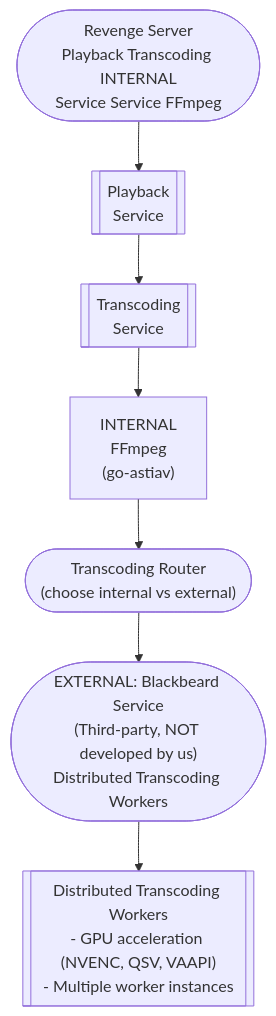
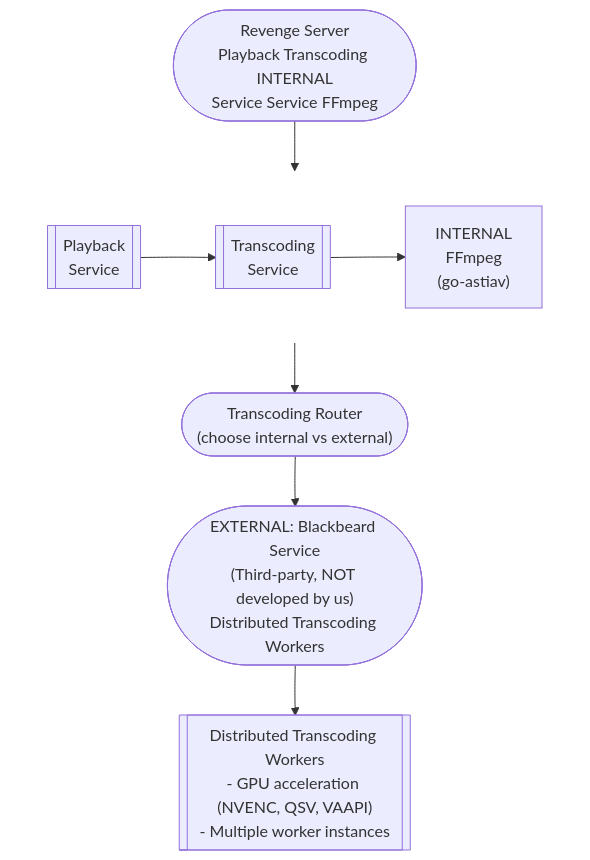
Before and after one commit to lusoris/revenge: the diagram in docs/dev/design/integrations/transcoding/BLACKBEARD.md, drawn with Mermaid. The commit also changed 210 other files, not shown here.

First line of the commit message:
feat(docs): Add horizontal layout support for Mermaid diagrams

````diff
--- a/docs/dev/design/integrations/transcoding/BLACKBEARD.md
+++ b/docs/dev/design/integrations/transcoding/BLACKBEARD.md
@@ -57,16 +57,22 @@
 ```mermaid
 flowchart TD
     node1(["Revenge Server<br/>Playback Transcoding INTERNAL<br/>Service Service FFmpeg"])
-    node2[["Playback<br/>Service"]]
-    node3[["Transcoding<br/>Service"]]
-    node4["INTERNAL<br/>FFmpeg<br/>(go-astiav)"]
+    subgraph row1[ ]
+        direction LR
+        node2[["Playback<br/>Service"]]
+        node3[["Transcoding<br/>Service"]]
+        node4["INTERNAL<br/>FFmpeg<br/>(go-astiav)"]
+    end
     node5(["Transcoding Router<br/>(choose internal vs external)"])
     node6(["EXTERNAL: Blackbeard Service<br/>(Third-party, NOT developed by us)<br/>Distributed Transcoding Workers"])
     node7[["Distributed Transcoding Workers<br/>- GPU acceleration (NVENC, QSV, VAAPI)<br/>- Multiple worker instances"]]
     node2 --> node3
     node3 --> node4
     node1 --> node2
     node4 --> node5
     node5 --> node6
     node6 --> node7
+
+    %% Hide row subgraph borders
+    style row1 fill:transparent,stroke:transparent
 ```
````
